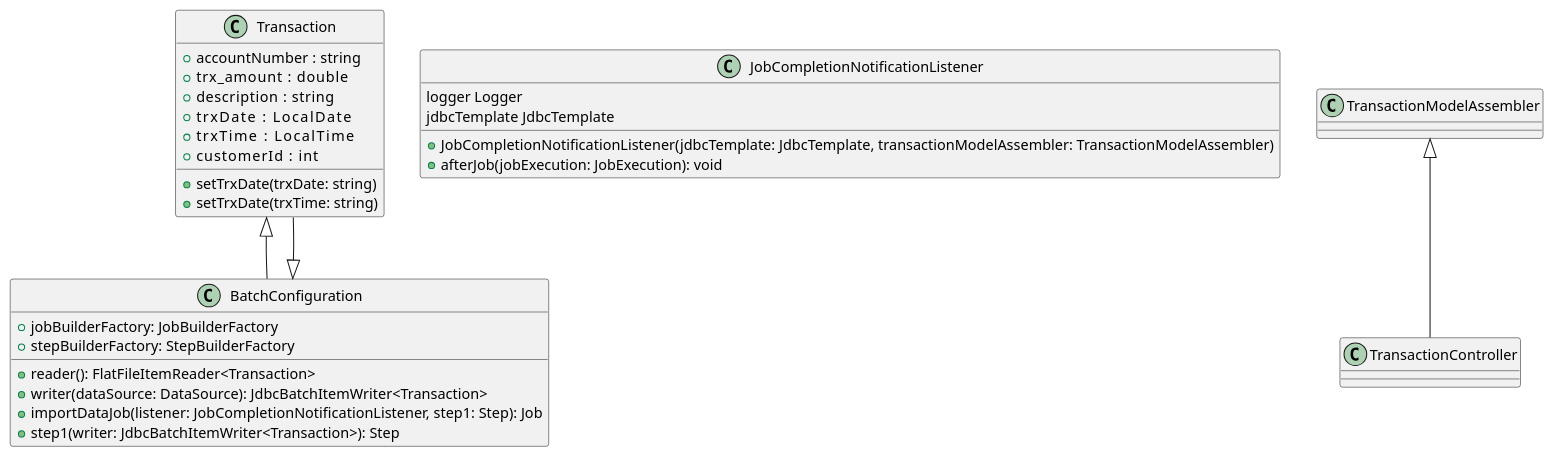
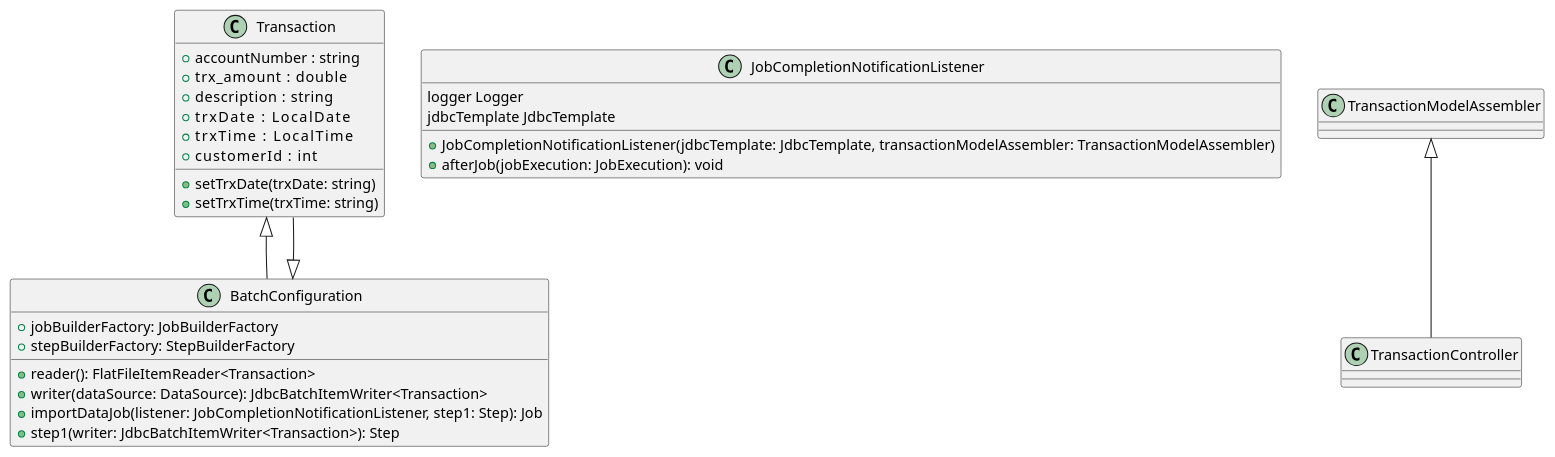
One commit to jamesyjava/maybank.fileloader changed the diagram in maybankBatchClassDiagram.puml. Above: the diagram before and after it, drawn with PlantUML.

```diff
--- a/maybankBatchClassDiagram.puml
+++ b/maybankBatchClassDiagram.puml
@@ -1,36 +1,36 @@
 @startuml
 'https://plantuml.com/class-diagram
 
 class Transaction {
     +accountNumber  : string
     +trx_amount     : double
     +description    : string
     +trxDate        : LocalDate
     +trxTime        : LocalTime
     +customerId     : int
     +setTrxDate(trxDate: string)
-    +setTrxDate(trxTime: string)
+    +setTrxTime(trxTime: string)
 }
 
 class BatchConfiguration {
     +jobBuilderFactory: JobBuilderFactory
     +stepBuilderFactory: StepBuilderFactory
     +reader(): FlatFileItemReader<Transaction>
     +writer(dataSource: DataSource): JdbcBatchItemWriter<Transaction>
     +importDataJob(listener: JobCompletionNotificationListener, step1: Step): Job
     +step1(writer: JdbcBatchItemWriter<Transaction>): Step
 }
 
 class JobCompletionNotificationListener {
     logger Logger
     jdbcTemplate JdbcTemplate
 
     +JobCompletionNotificationListener(jdbcTemplate: JdbcTemplate, transactionModelAssembler: TransactionModelAssembler)
     +afterJob(jobExecution: JobExecution): void
 }
 
 Transaction <|--BatchConfiguration
 BatchConfiguration <|-- Transaction
 TransactionModelAssembler <|-- TransactionController
 
 @enduml
```
